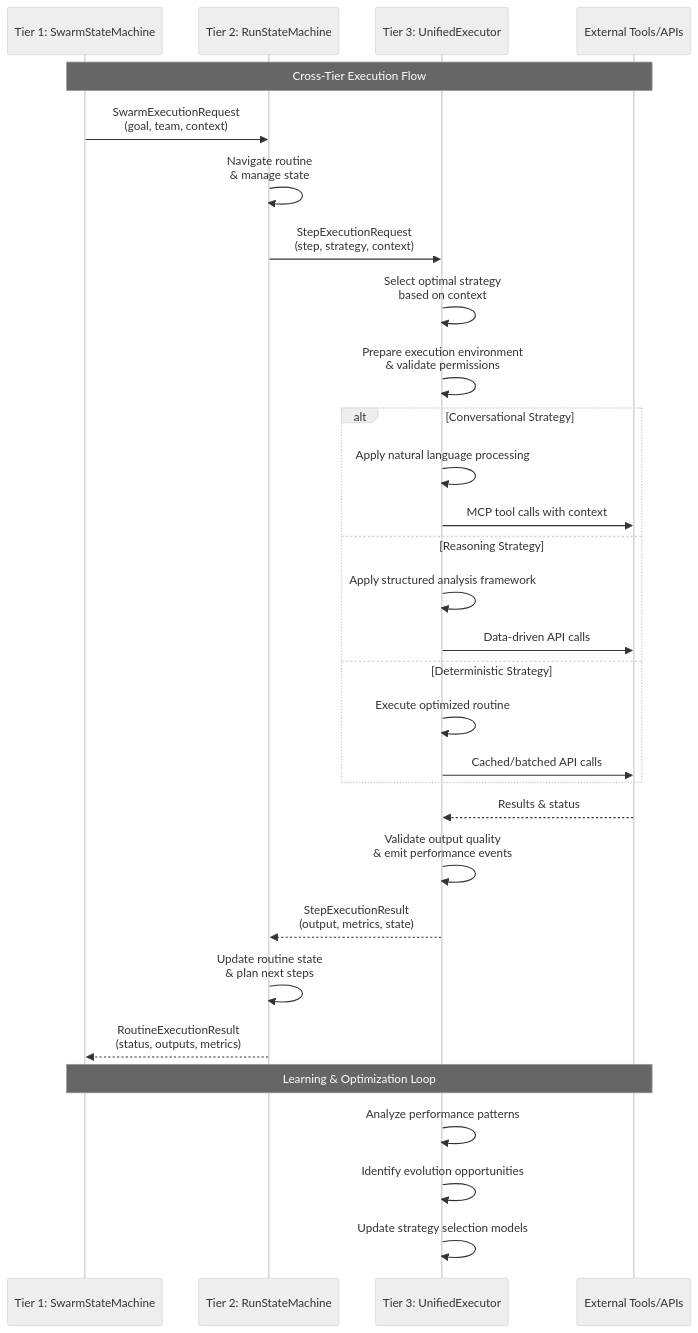
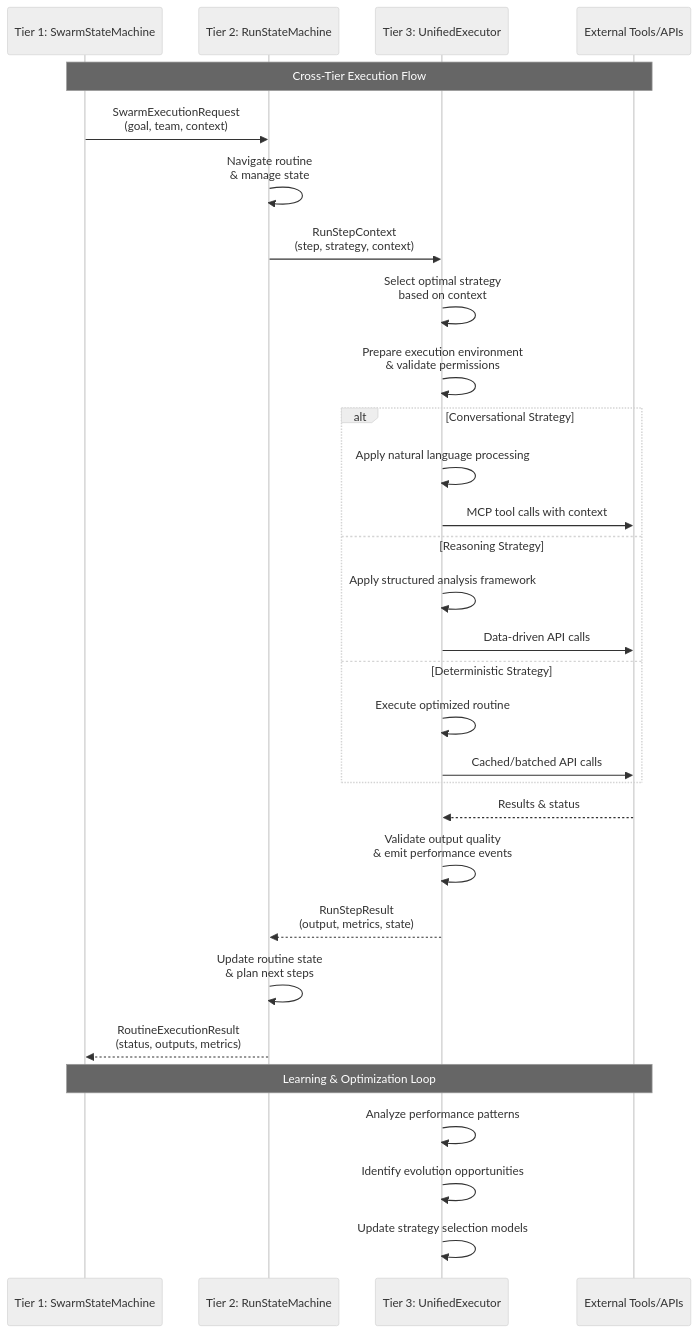
Before and after one commit to Vrooli/Vrooli: diagram 27 of 49 in docs/ai-execution-architecture.md, drawn with Mermaid (neutral theme). The commit also changed other lines of this file, not shown here.

Commit message:
Execution architecture p13

````diff
--- a/docs/ai-execution-architecture.md
+++ b/docs/ai-execution-architecture.md
@@ -2343,39 +2245,39 @@
 ```mermaid
 sequenceDiagram
     participant T1 as Tier 1: SwarmStateMachine
     participant T2 as Tier 2: RunStateMachine  
     participant T3 as Tier 3: UnifiedExecutor
     participant Tools as External Tools/APIs
     
     Note over T1,Tools: Cross-Tier Execution Flow
     
     T1->>T2: SwarmExecutionRequest<br/>(goal, team, context)
     T2->>T2: Navigate routine<br/>& manage state
-    T2->>T3: StepExecutionRequest<br/>(step, strategy, context)
+    T2->>T3: RunStepContext<br/>(step, strategy, context)
     
     T3->>T3: Select optimal strategy<br/>based on context
     T3->>T3: Prepare execution environment<br/>& validate permissions
     
     alt Conversational Strategy
         T3->>T3: Apply natural language processing
         T3->>Tools: MCP tool calls with context
     else Reasoning Strategy  
         T3->>T3: Apply structured analysis framework
         T3->>Tools: Data-driven API calls
     else Deterministic Strategy
         T3->>T3: Execute optimized routine
         T3->>Tools: Cached/batched API calls
     end
     
     Tools-->>T3: Results & status
     T3->>T3: Validate output quality<br/>& emit performance events
-    T3-->>T2: StepExecutionResult<br/>(output, metrics, state)
+    T3-->>T2: RunStepResult<br/>(output, metrics, state)
     
     T2->>T2: Update routine state<br/>& plan next steps
     T2-->>T1: RoutineExecutionResult<br/>(status, outputs, metrics)
     
     Note over T1,Tools: Learning & Optimization Loop
     T3->>T3: Analyze performance patterns
     T3->>T3: Identify evolution opportunities
     T3->>T3: Update strategy selection models
 ```
````
